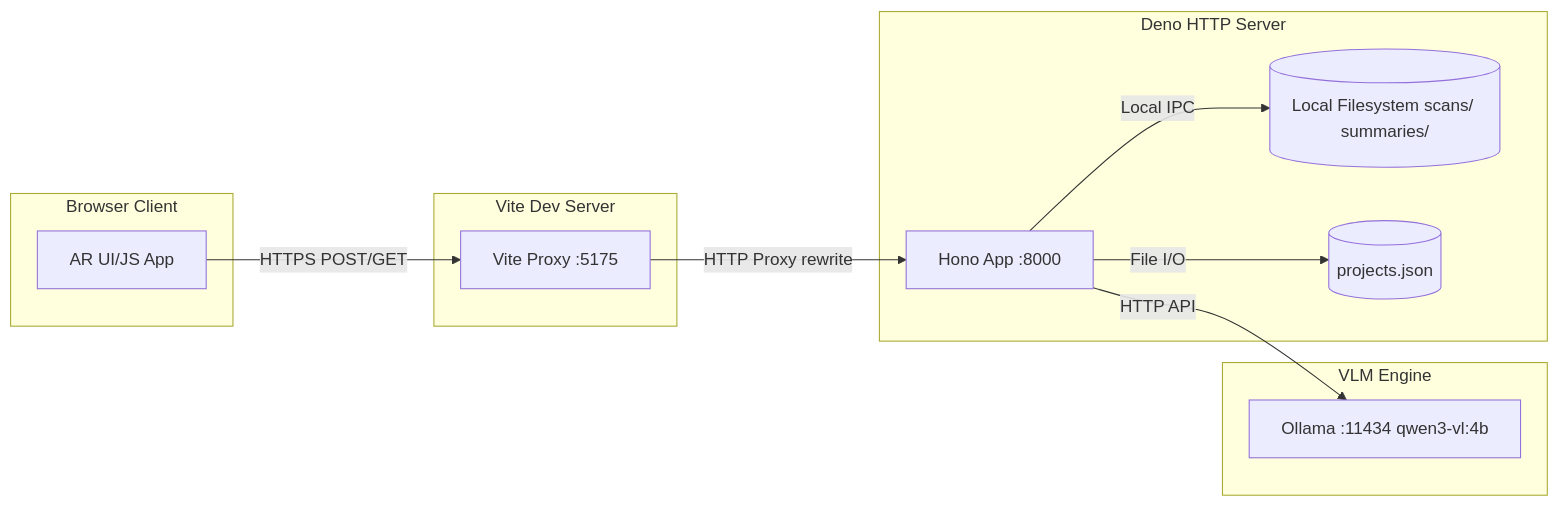
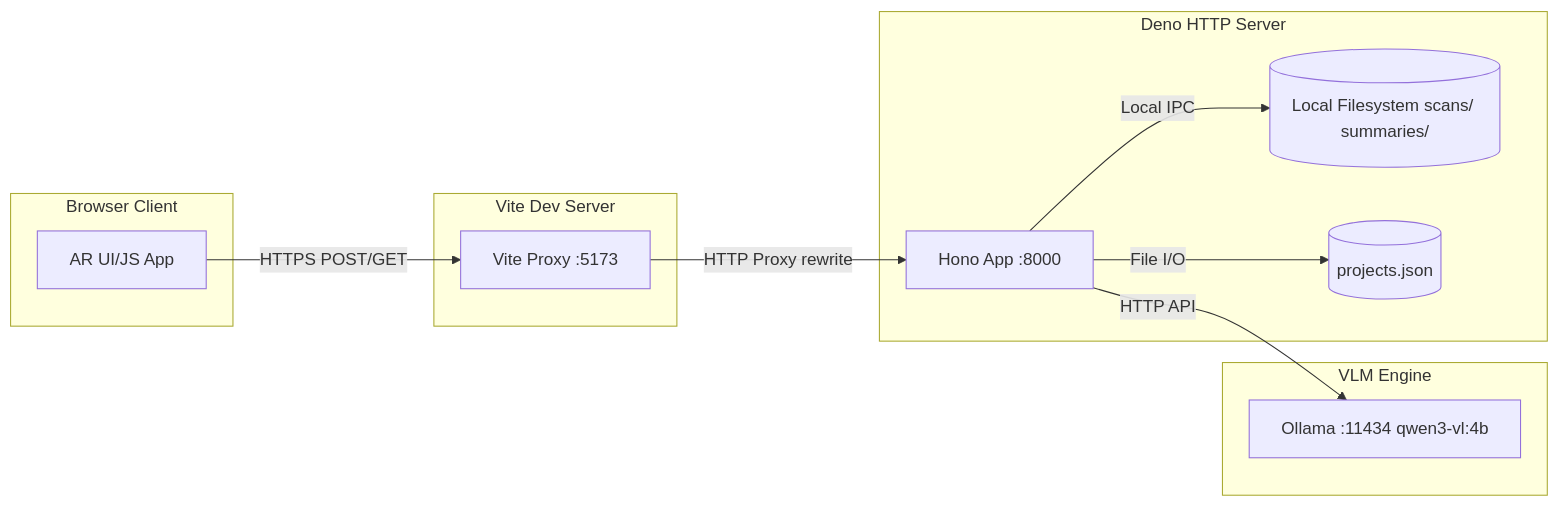
Before and after one commit to companionintelligence/CI-Spatial: the fourth of 6 diagrams in architecture.md, drawn with Mermaid. The commit also changed other lines of this file and 18 other files, not shown here.

````diff
--- a/architecture.md
+++ b/architecture.md
@@ -246,26 +246,26 @@
 ```mermaid
 graph LR
     subgraph Browser Client
         UI[AR UI/JS App]
     end
 
     subgraph Vite Dev Server
-        Vite[Vite Proxy :5175]
+        Vite[Vite Proxy :5173]
     end
 
     subgraph Deno HTTP Server
         Deno[Hono App :8000]
         Storage[(Local Filesystem scans/ summaries/)]
         DB[(projects.json)]
     end
 
     subgraph VLM Engine
         Ollama[Ollama :11434 qwen3-vl:4b]
     end
 
     UI -- HTTPS POST/GET --> Vite
     Vite -- HTTP Proxy rewrite --> Deno
     Deno -- Local IPC --> Storage
     Deno -- File I/O --> DB
     Deno -- HTTP API --> Ollama
 ```
````
